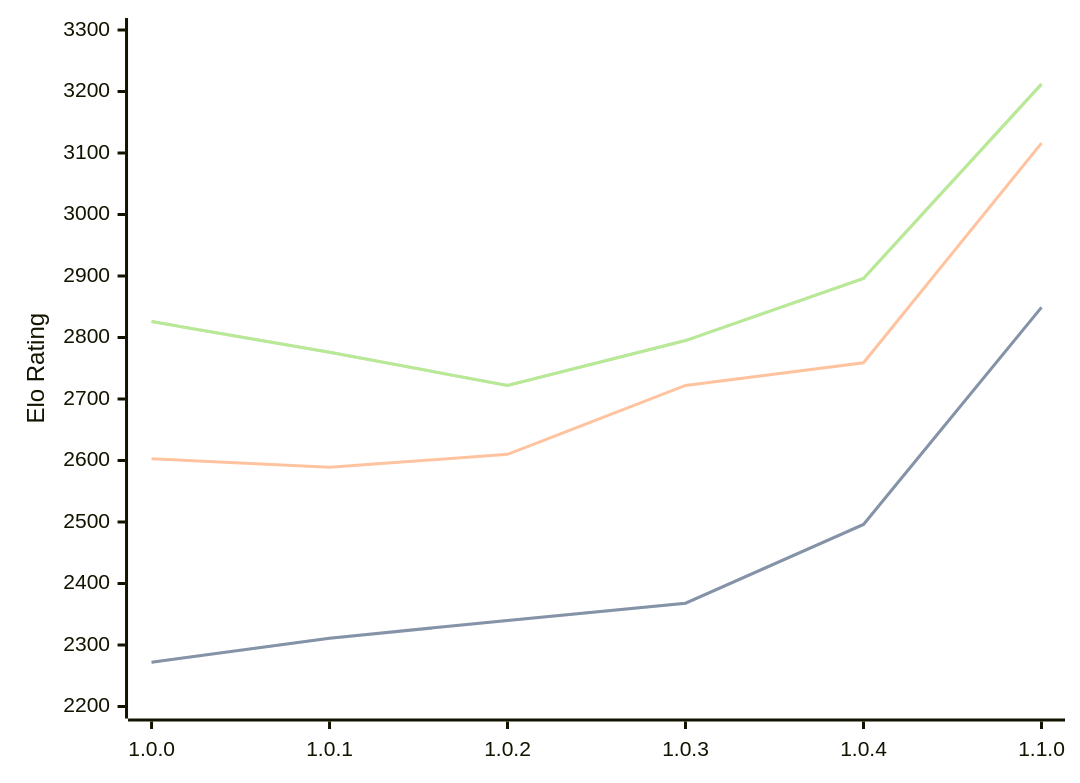
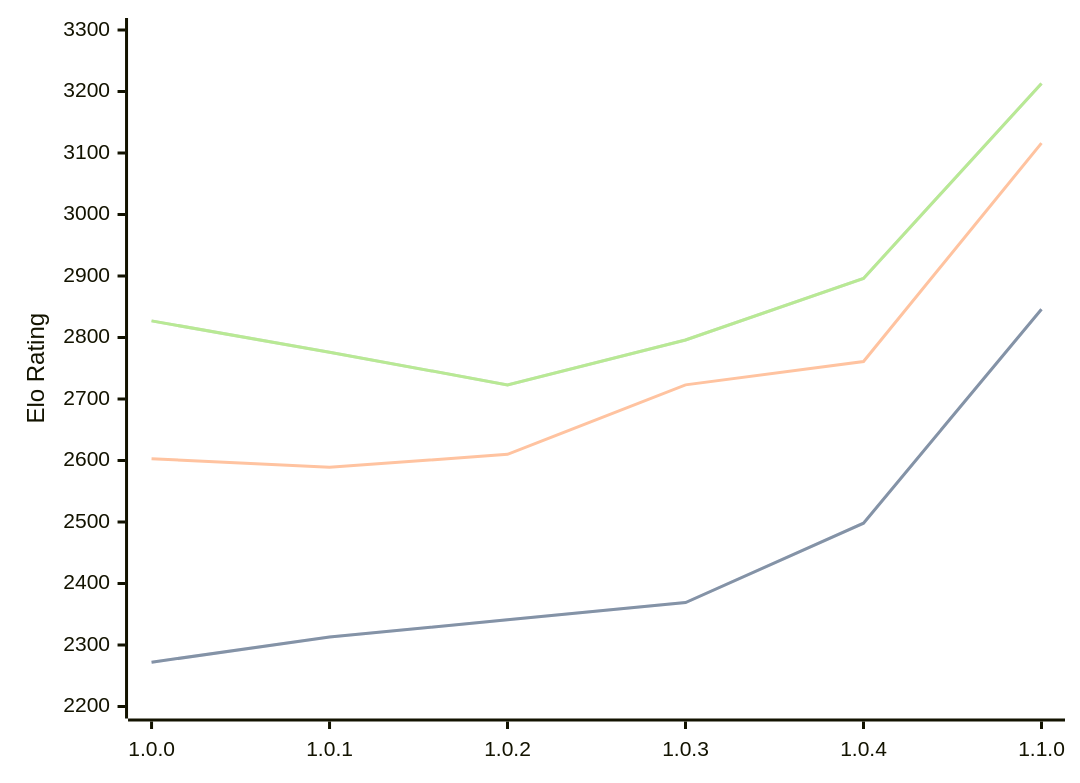
Before and after one commit to computer-chess-index/cci: the diagram in engines/Grail.md, drawn with Mermaid. The commit also changed other lines of this file, not shown here.

Commit message:
Update CCI Ratings (ELO VLTC) - 2026-04-19

````diff
--- a/engines/Grail.md
+++ b/engines/Grail.md
@@ -36,11 +36,11 @@
 ```mermaid
 %%{init: {"theme":"base","themeVariables":{"seriesColors:['#a3a3a3','#222221','#faa371']}}}%%
 xychart-beta
   x-axis ["1.0.0", "1.0.1", "1.0.2", "1.0.3", "1.0.4", "1.1.0"]
   y-axis "Elo Rating" 2200 --> 3300
-  line "STC (8.0+0.08s)" [2272, 2311, 2340, 2368, 2496, 2849]
-  line "STC (8.0+0.08s)" [2272, 2311, 2340, 2368, 2496, 2849]
-  line "LTC (60.0+0.60s)" [2603, 2589, 2610, 2722, 2759, 3116]
-  line "VLTC (2m24s+1.12s)" [2826, 2776, 2722, 2795, 2896, 3212]
-  line "VLTC (2m24s+1.12s)" [2826, 2776, 2722, 2795, 2896, 3212]
+  line "STC (8.0+0.08s)" [2272, 2313, 2341, 2369, 2498, 2846]
+  line "STC (8.0+0.08s)" [2272, 2313, 2341, 2369, 2498, 2846]
+  line "LTC (60.0+0.60s)" [2603, 2589, 2610, 2723, 2761, 3116]
+  line "VLTC (2m24s+1.12s)" [2827, 2776, 2723, 2796, 2896, 3213]
+  line "VLTC (2m24s+1.12s)" [2827, 2776, 2723, 2796, 2896, 3213]
 ```
````
